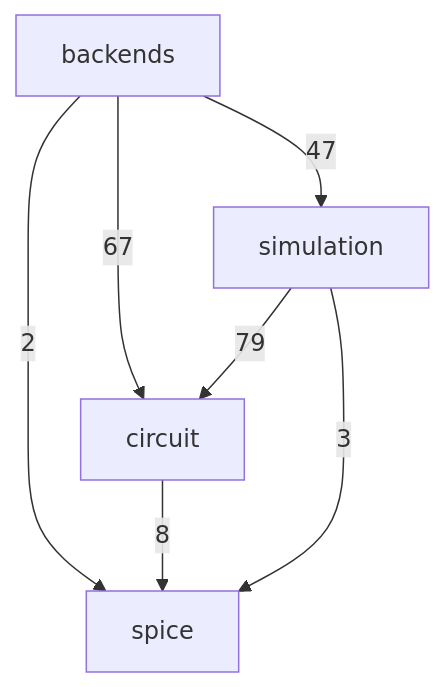
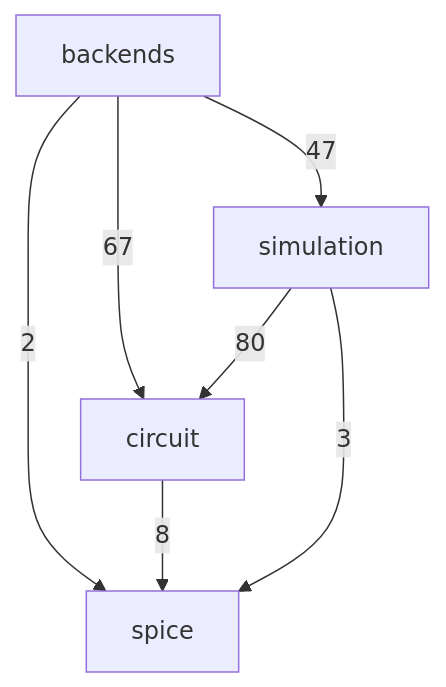
One commit to ronnymilleo/imcsim changed the second of 3 diagrams in docs/architecture.md. Above: the diagram before and after it, drawn with Mermaid.

Commit message:
Update architecture include diagram

````diff
--- a/docs/architecture.md
+++ b/docs/architecture.md
@@ -33,13 +33,13 @@
 ```mermaid
 flowchart TD
     app_core_spice[spice]
     app_core_circuit[circuit]
     app_core_simulation[simulation]
     app_core_backends[backends]
     app_core_backends -->|67| app_core_circuit
     app_core_backends -->|47| app_core_simulation
     app_core_backends -->|2| app_core_spice
     app_core_circuit -->|8| app_core_spice
-    app_core_simulation -->|79| app_core_circuit
+    app_core_simulation -->|80| app_core_circuit
     app_core_simulation -->|3| app_core_spice
 ```
````
